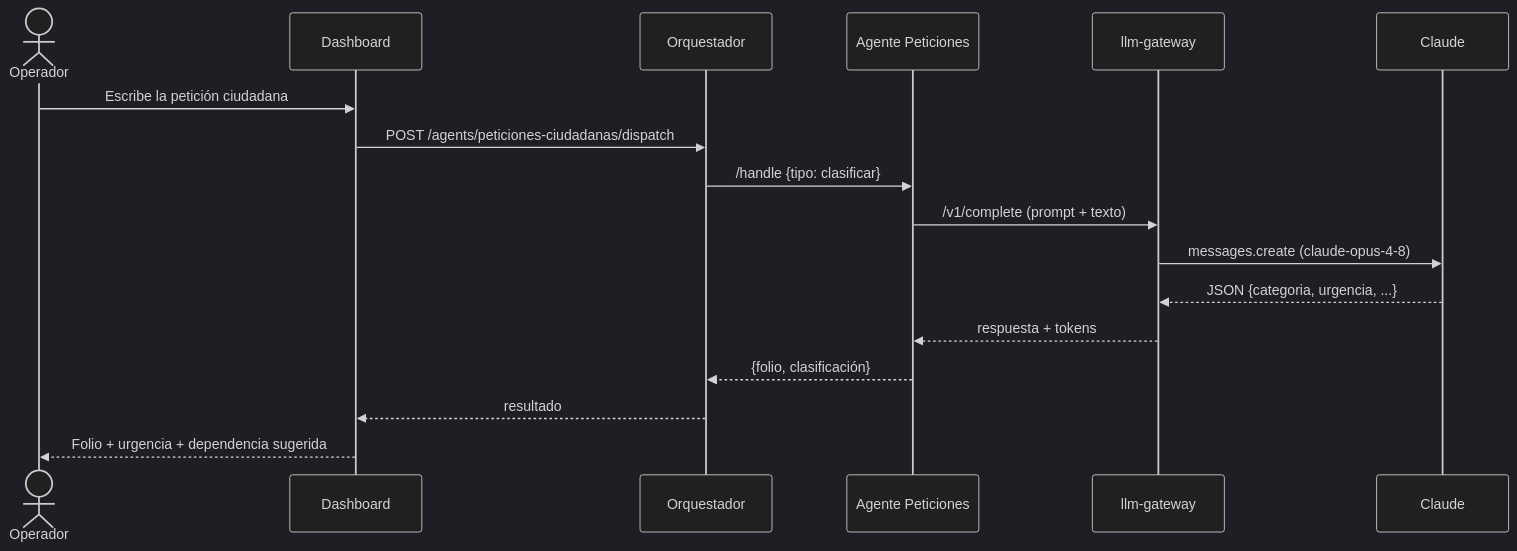
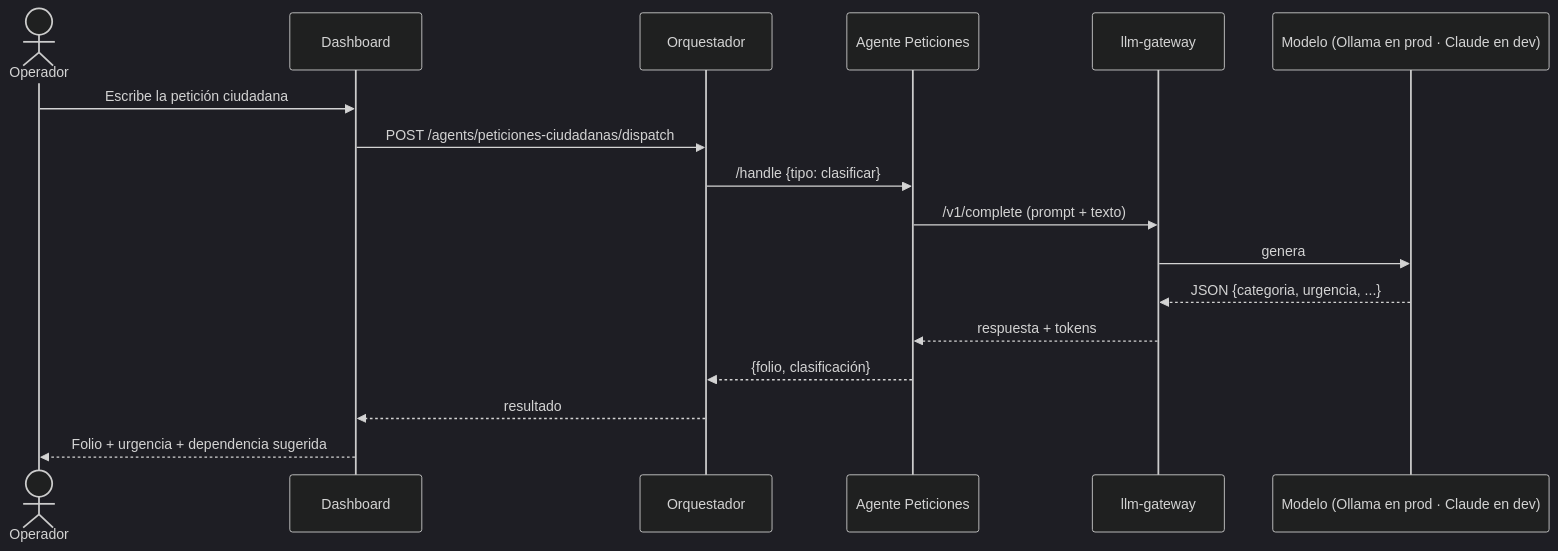
Before and after one commit to Richard7856/agentes_tai: the fourth of 6 diagrams in docs/arquitectura.md, drawn with Mermaid (dark theme). The commit also changed other lines of this file, not shown here.

First line of the commit message:
Actualiza diagramas: producción IA local + roles RBAC

````diff
--- a/docs/arquitectura.md
+++ b/docs/arquitectura.md
@@ -97,20 +137,20 @@
 ```mermaid
 sequenceDiagram
     actor Op as Operador
     participant D as Dashboard
     participant O as Orquestador
     participant Ag as Agente Peticiones
     participant G as llm-gateway
-    participant C as Claude
+    participant M as Modelo (Ollama en prod · Claude en dev)
 
     Op->>D: Escribe la petición ciudadana
     D->>O: POST /agents/peticiones-ciudadanas/dispatch
     O->>Ag: /handle {tipo: clasificar}
     Ag->>G: /v1/complete (prompt + texto)
-    G->>C: messages.create (claude-opus-4-8)
-    C-->>G: JSON {categoria, urgencia, ...}
+    G->>M: genera
+    M-->>G: JSON {categoria, urgencia, ...}
     G-->>Ag: respuesta + tokens
     Ag-->>O: {folio, clasificación}
     O-->>D: resultado
     D-->>Op: Folio + urgencia + dependencia sugerida
 ```
````
